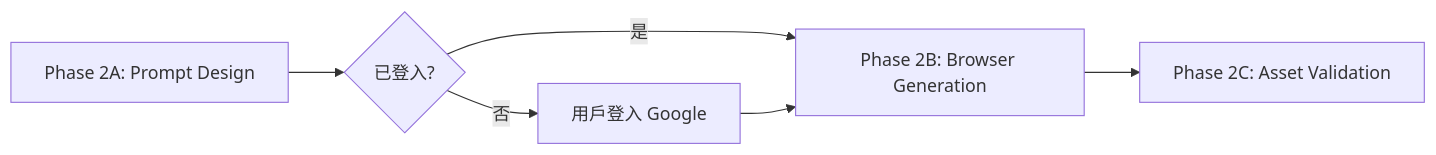
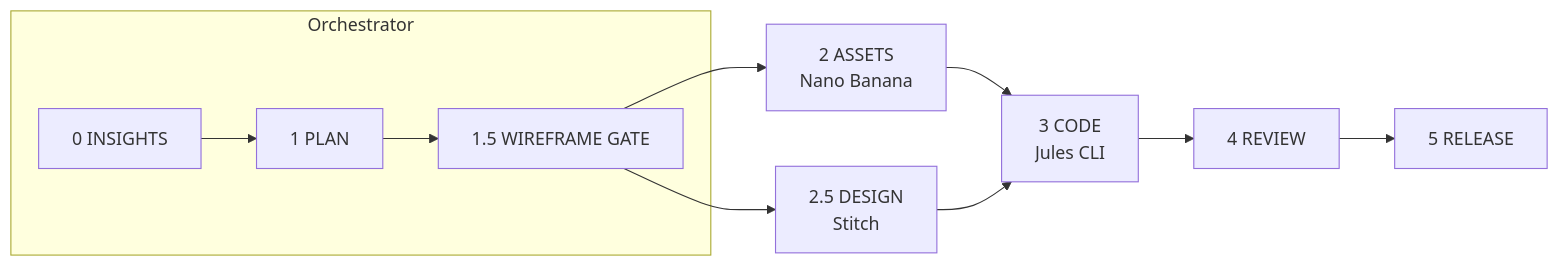
The diagram in docs/zh-TW/README.md (keeponfirst/keeponfirst-agentic-workflow-starter), drawn with Mermaid before and after one commit. The commit also changed other lines of this file and 30 other files, not shown here.

````diff
--- a/docs/zh-TW/README.md
+++ b/docs/zh-TW/README.md
@@ -486,8 +58,11 @@
 ```mermaid
 flowchart LR
-    A[Phase 2A: Prompt Design] --> B{已登入?}
-    B -->|是| C[Phase 2B: Browser Generation]
-    B -->|否| D[用戶登入 Google]
-    D --> C
-    C --> E[Phase 2C: Asset Validation]
+    subgraph Orchestrator
+        A[0 INSIGHTS] --> B[1 PLAN] --> C[1.5 WIREFRAME GATE]
+    end
+    C --> D[2 ASSETS<br/>Nano Banana]
+    C --> E[2.5 DESIGN<br/>Stitch]
+    D --> F[3 CODE<br/>Jules CLI]
+    E --> F
+    F --> G[4 REVIEW] --> H[5 RELEASE]
 ```
````
